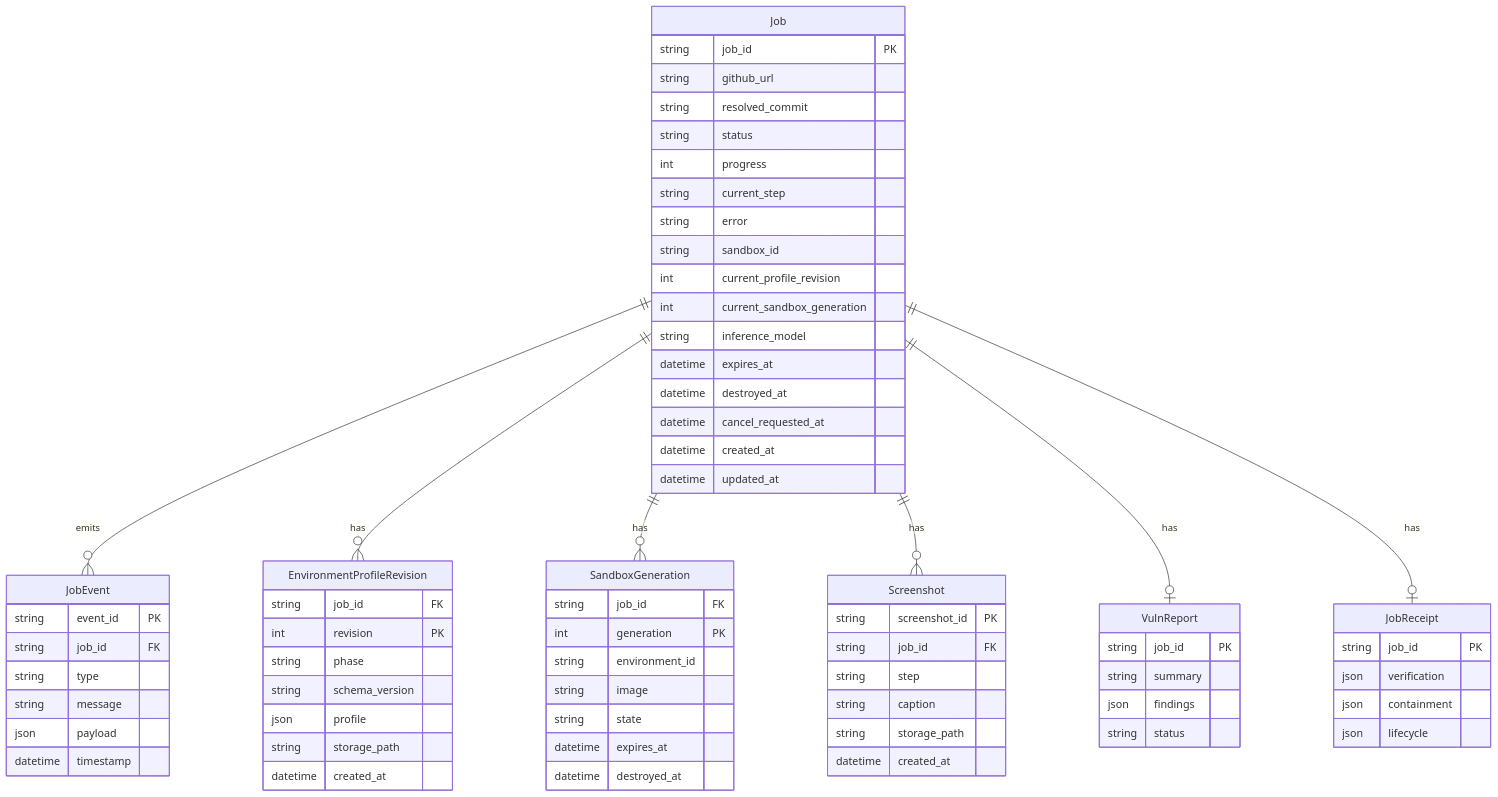
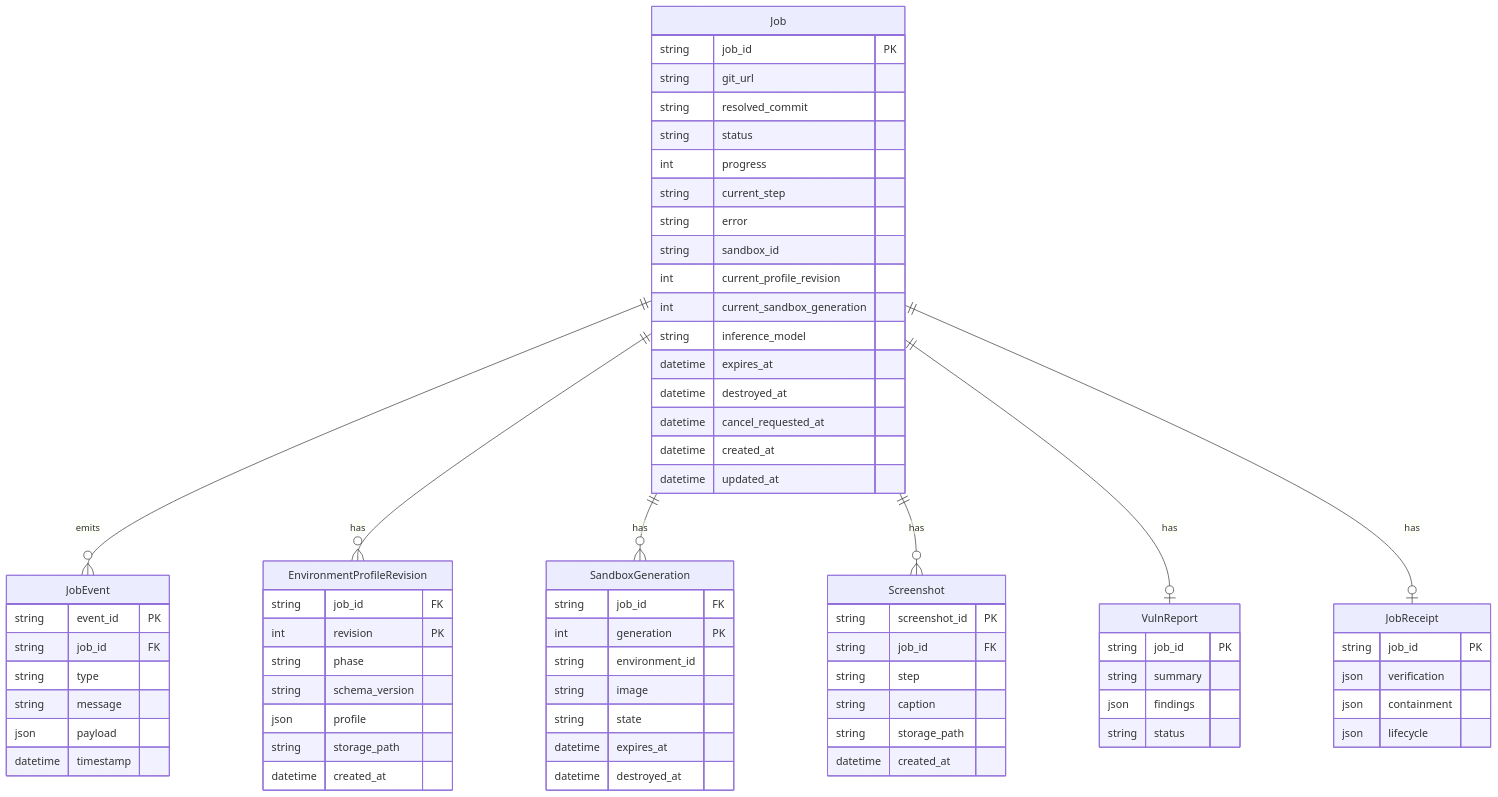
One commit to ludvigodin/killhub changed the diagram in DATABASE.md. Above: the diagram before and after it, drawn with Mermaid. The commit also changed other lines of this file and 55 other files, not shown here.

First line of the commit message:
Refactor API to use `git_url` instead of `github_url`

````diff
--- a/DATABASE.md
+++ b/DATABASE.md
@@ -32,80 +32,80 @@
 ```mermaid
 erDiagram
   Job ||--o{ JobEvent : emits
   Job ||--o{ EnvironmentProfileRevision : has
   Job ||--o{ SandboxGeneration : has
   Job ||--o{ Screenshot : has
   Job ||--o| VulnReport : has
   Job ||--o| JobReceipt : has
 
   Job {
     string job_id PK
-    string github_url
+    string git_url
     string resolved_commit
     string status
     int progress
     string current_step
     string error
     string sandbox_id
     int current_profile_revision
     int current_sandbox_generation
     string inference_model
     datetime expires_at
     datetime destroyed_at
     datetime cancel_requested_at
     datetime created_at
     datetime updated_at
   }
 
   JobEvent {
     string event_id PK
     string job_id FK
     string type
     string message
     json payload
     datetime timestamp
   }
 
   EnvironmentProfileRevision {
     string job_id FK
     int revision PK
     string phase
     string schema_version
     json profile
     string storage_path
     datetime created_at
   }
 
   SandboxGeneration {
     string job_id FK
     int generation PK
     string environment_id
     string image
     string state
     datetime expires_at
     datetime destroyed_at
   }
 
   Screenshot {
     string screenshot_id PK
     string job_id FK
     string step
     string caption
     string storage_path
     datetime created_at
   }
 
   VulnReport {
     string job_id PK
     string summary
     json findings
     string status
   }
 
   JobReceipt {
     string job_id PK
     json verification
     json containment
     json lifecycle
   }
 ```
````
